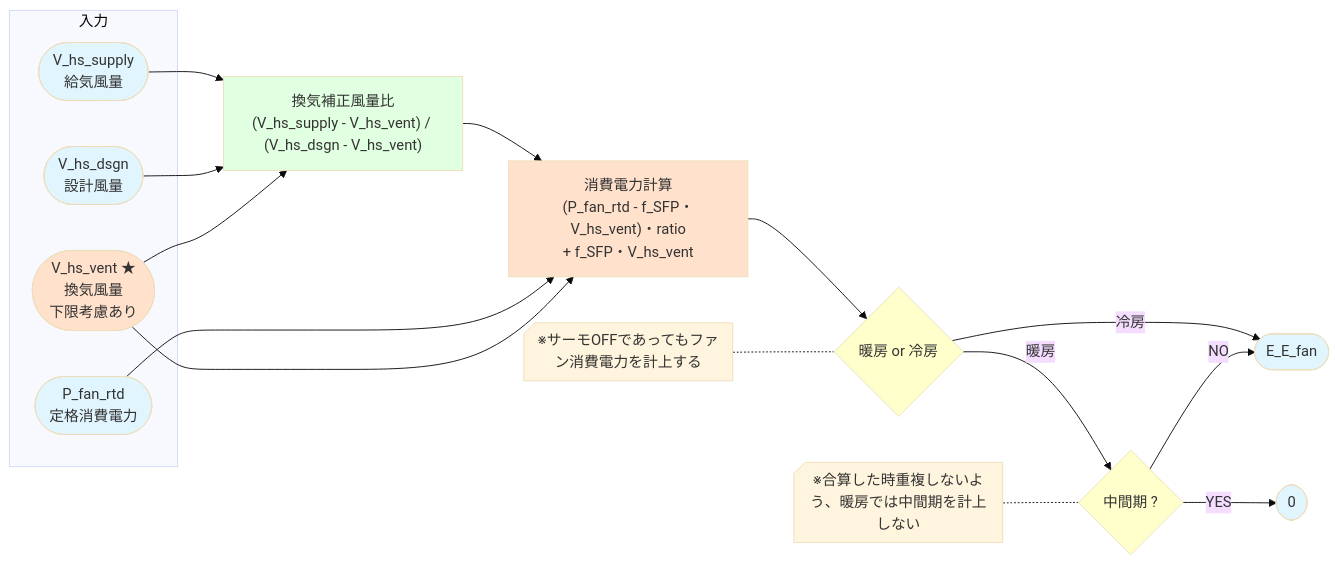
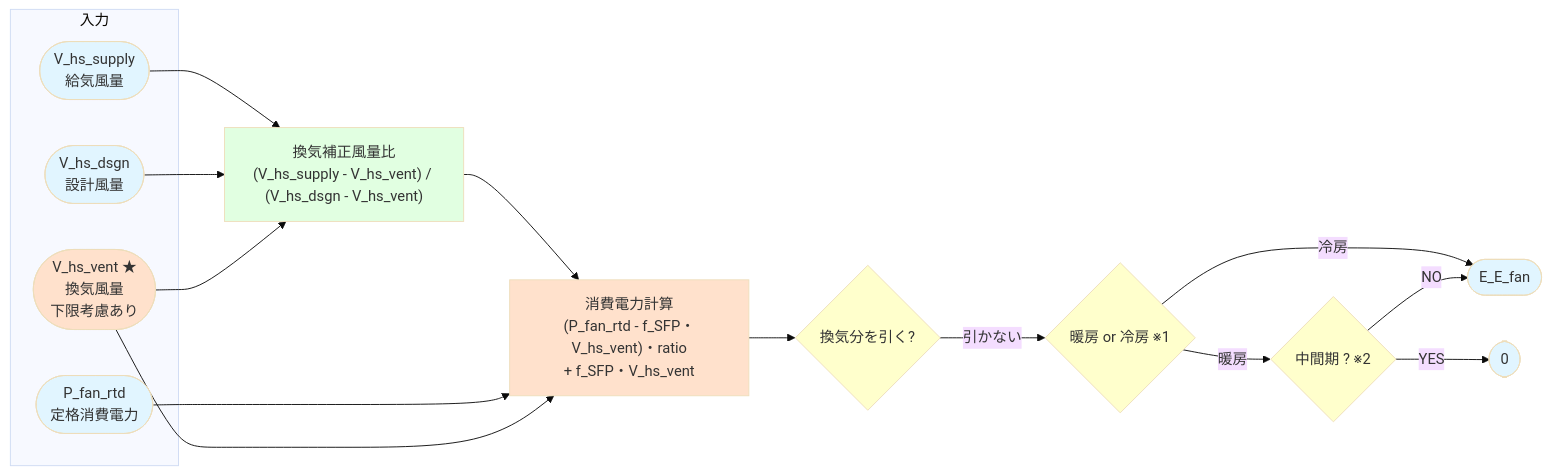
Before and after one commit to iguchi-lab/Verification-Platform-Next: the seventh of 8 diagrams in docs/最低風量_最低電力_直接入力.md, drawn with Mermaid (base theme). The commit also changed other lines of this file and 1 other file, not shown here.

````diff
--- a/docs/最低風量_最低電力_直接入力.md
+++ b/docs/最低風量_最低電力_直接入力.md
@@ -267,34 +267,34 @@
 ```mermaid
 flowchart LR
 
 subgraph 入力
     V(["V_hs_supply<br/>給気風量"])
     V_dsgn(["V_hs_dsgn<br/>設計風量"])
     V_vent(["V_hs_vent ★<br/>換気風量<br/>下限考慮あり"])
     P(["P_fan_rtd<br/>定格消費電力"])
 end
 
 V & V_dsgn & V_vent --> Ratio["換気補正風量比<br/>(V_hs_supply - V_hs_vent) / (V_hs_dsgn - V_hs_vent)"]
 
 Ratio & P & V_vent --> Power["消費電力計算<br/>(P_fan_rtd - f_SFP・V_hs_vent)・ratio</br>+ f_SFP・V_hs_vent"]
 
-Power --> Check2{暖房 or 冷房}
-Check2 --> |暖房| Check3{中間期 ?}
+Power --> SVPCheck{換気分を引く?}
+SVPCheck -->|引かない| Check2{暖房 or 冷房 ※1}
+Check2 --> |暖房| Check3{中間期 ? ※2}
 Check2 --> |冷房| Result(["E_E_fan"])
-Note1@{ shape: notch-rect, label: "※サーモOFFであってもファン消費電力を計上する" } -.- Check2
 
 Check3 -->|NO| Result
 Check3 -->|YES| Zero([0])
-Note2@{ shape: notch-rect, label: "※合算した時重複しないよう、暖房では中間期を計上しない" } -.- Check3
 
 style V fill:#e1f5ff
 style V_dsgn fill:#e1f5ff
 style V_vent fill:#ffe1cc
 style P fill:#e1f5ff
 style Ratio fill:#e1ffe1
 style Power fill:#ffe1cc
+style SVPCheck fill:#ffffcc
 style Check2 fill:#ffffcc
 style Check3 fill:#ffffcc
 style Result fill:#e1f5ff
 style Zero fill:#e1f5ff
 ```
````
